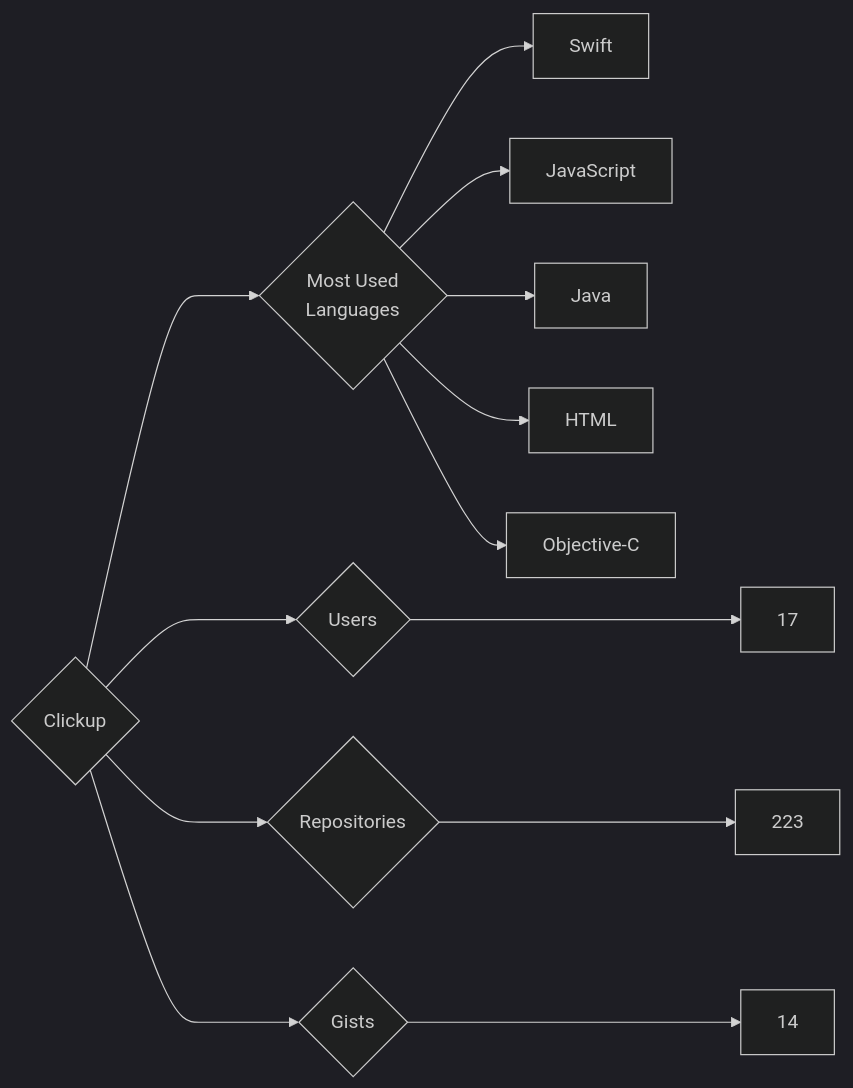
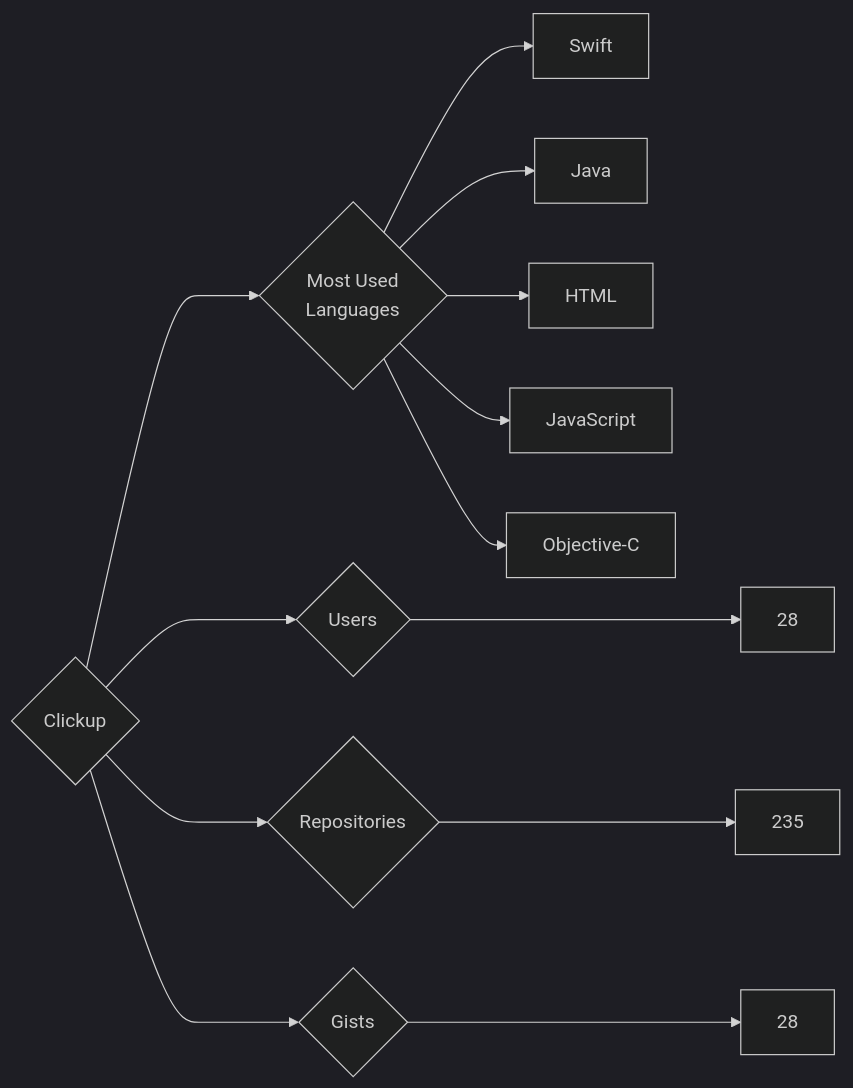
The diagram in targets/Clickup/README.md (trickest/insiders), drawn with Mermaid (dark theme) before and after one commit. The commit also changed 826 other files, not shown here.

````diff
--- a/targets/Clickup/README.md
+++ b/targets/Clickup/README.md
@@ -3,13 +3,13 @@
 ```mermaid
 graph LR
 COMPANY_NAME{Clickup}
-COMPANY_NAME ---> U{Users} ---> UN[17]
-COMPANY_NAME ---> R{Repositories} ---> RN[223]
-COMPANY_NAME ---> G{Gists} ---> GN[14]
+COMPANY_NAME ---> U{Users} ---> UN[28]
+COMPANY_NAME ---> R{Repositories} ---> RN[235]
+COMPANY_NAME ---> G{Gists} ---> GN[28]
 COMPANY_NAME ---> ML{Most Used<br>Languages}
 ML --> Swift[Swift]
-ML --> JavaScript[JavaScript]
 ML --> Java[Java]
 ML --> HTML[HTML]
+ML --> JavaScript[JavaScript]
 ML --> Objective-C[Objective-C]
 ```
````
